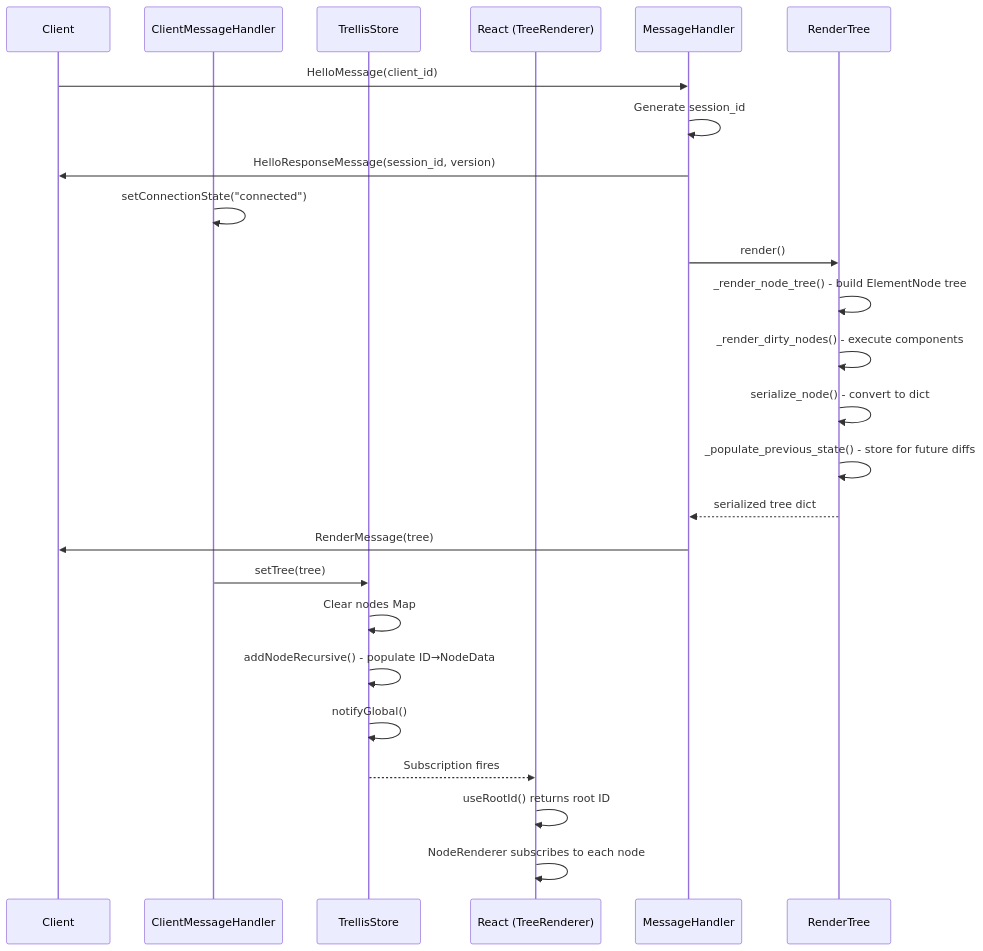
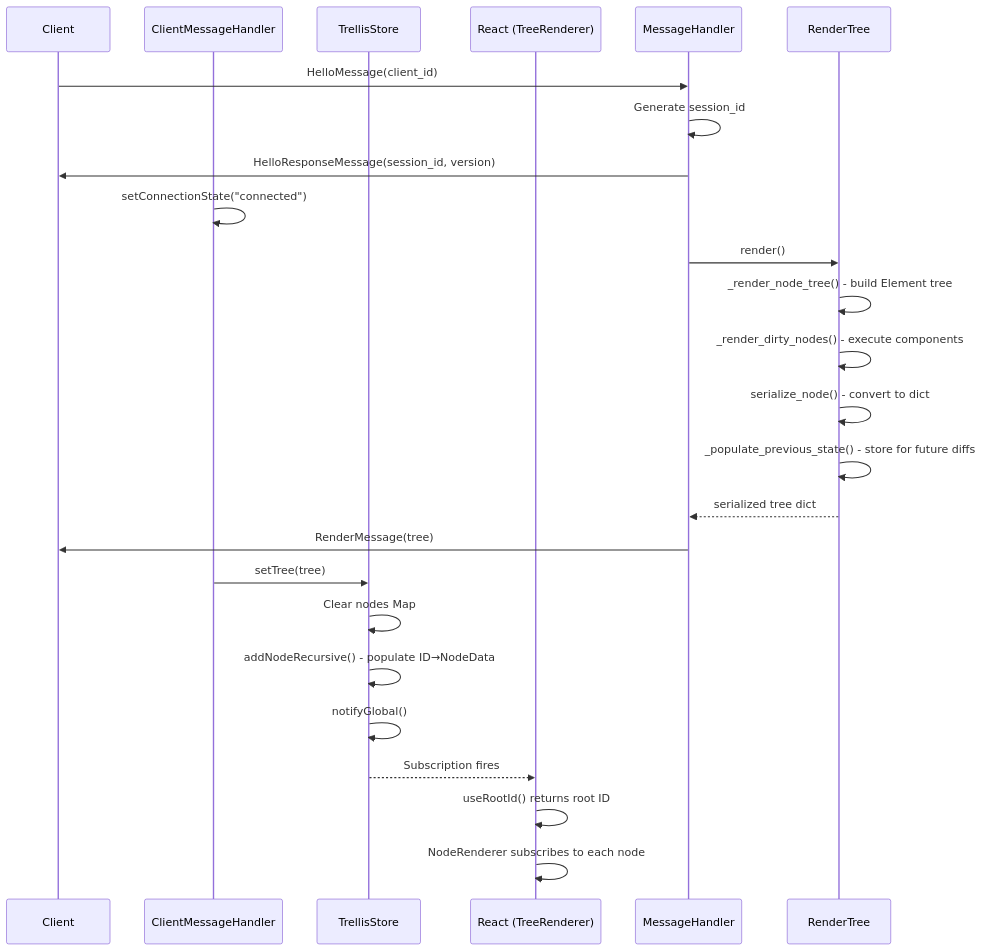
The first of 5 diagrams in docs/planning/trellis-diffing-architecture.md (emmapowers/trellis), drawn with Mermaid before and after one commit. The commit also changed other lines of this file and 58 other files, not shown here.

First line of the commit message:
Rename ElementNode to Element throughout codebase

````diff
--- a/docs/planning/trellis-diffing-architecture.md
+++ b/docs/planning/trellis-diffing-architecture.md
@@ -156,30 +156,30 @@
 ```mermaid
 sequenceDiagram
     participant C as Client
     participant CMH as ClientMessageHandler
     participant Store as TrellisStore
     participant React as React (TreeRenderer)
     participant MH as MessageHandler
     participant RT as RenderTree
 
     C->>MH: HelloMessage(client_id)
     MH->>MH: Generate session_id
     MH->>C: HelloResponseMessage(session_id, version)
     CMH->>CMH: setConnectionState("connected")
 
     MH->>RT: render()
-    RT->>RT: _render_node_tree() - build ElementNode tree
+    RT->>RT: _render_node_tree() - build Element tree
     RT->>RT: _render_dirty_nodes() - execute components
     RT->>RT: serialize_node() - convert to dict
     RT->>RT: _populate_previous_state() - store for future diffs
     RT-->>MH: serialized tree dict
 
     MH->>C: RenderMessage(tree)
     CMH->>Store: setTree(tree)
     Store->>Store: Clear nodes Map
     Store->>Store: addNodeRecursive() - populate ID→NodeData
     Store->>Store: notifyGlobal()
     Store-->>React: Subscription fires
     React->>React: useRootId() returns root ID
     React->>React: NodeRenderer subscribes to each node
 ```
````
